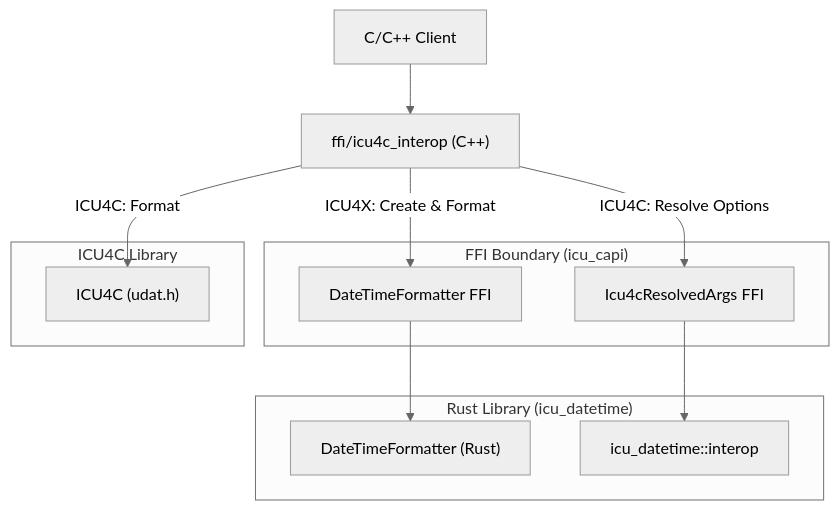
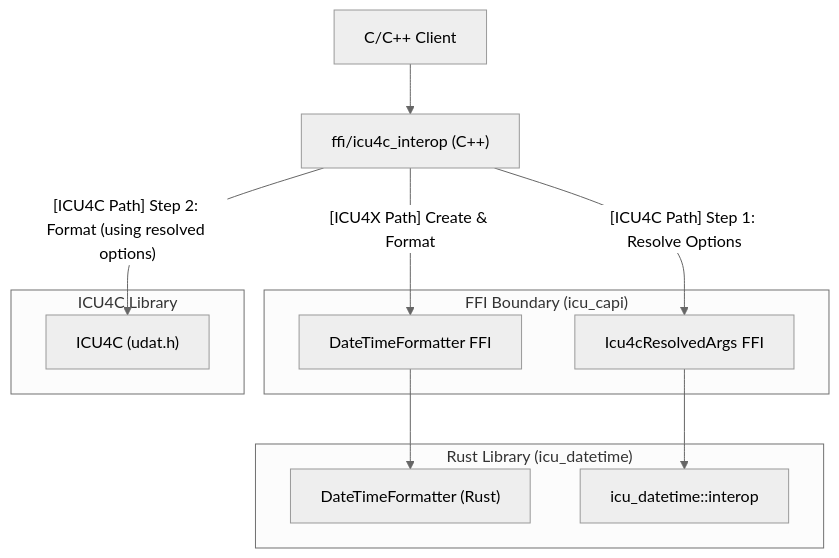
The diagram in components/datetime/src/interop/design_spec.md (unicode-org/icu4x), drawn with Mermaid (neutral theme) before and after one commit.

Commit message:
docs(datetime): clarify ICU4C flow in interop design spec
Improve the mermaid diagram to show that options resolution via Rust is a required step before formatting with ICU4C.

````diff
--- a/components/datetime/src/interop/design_spec.md
+++ b/components/datetime/src/interop/design_spec.md
@@ -40,26 +40,27 @@
 ```mermaid
 graph TD
     Client["C/C++ Client"] --> InteropCPP["ffi/icu4c_interop (C++)"]
 
     subgraph FFI ["FFI Boundary (icu_capi)"]
         CAPI_FT["DateTimeFormatter FFI"]
         CAPI_Interop["Icu4cResolvedArgs FFI"]
     end
 
     subgraph Rust ["Rust Library (icu_datetime)"]
         ICU4X_Rust["DateTimeFormatter (Rust)"]
         Rust_Interop["icu_datetime::interop"]
     end
 
     subgraph ICU4C_Lib ["ICU4C Library"]
         ICU4C_C["ICU4C (udat.h)"]
     end
 
-    InteropCPP -->|ICU4X: Create & Format| CAPI_FT
+    %% ICU4X Flow
+    InteropCPP -->|"[ICU4X Path] Create & Format"| CAPI_FT
     CAPI_FT --> ICU4X_Rust
 
-    InteropCPP -->|ICU4C: Resolve Options| CAPI_Interop
+    %% ICU4C Flow
+    InteropCPP -->|"[ICU4C Path] Step 1: Resolve Options"| CAPI_Interop
     CAPI_Interop --> Rust_Interop
-
-    InteropCPP -->|ICU4C: Format| ICU4C_C
+    InteropCPP -->|"[ICU4C Path] Step 2: Format (using resolved options)"| ICU4C_C
 ```
````
